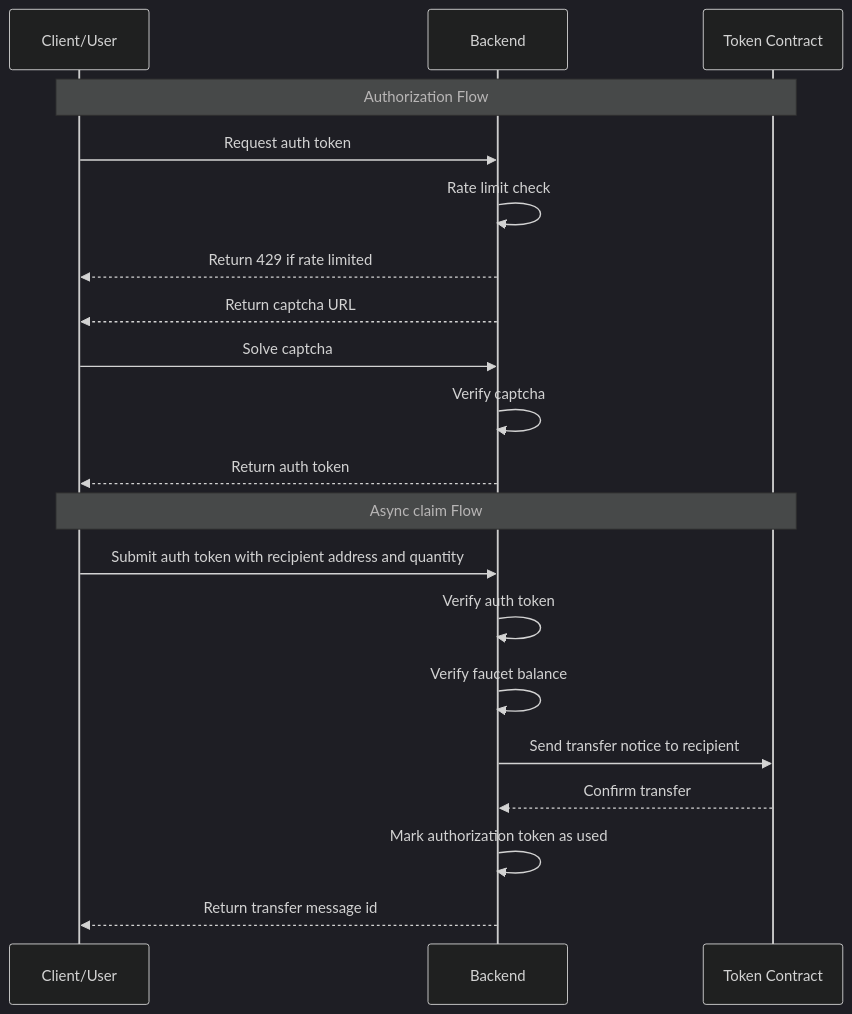
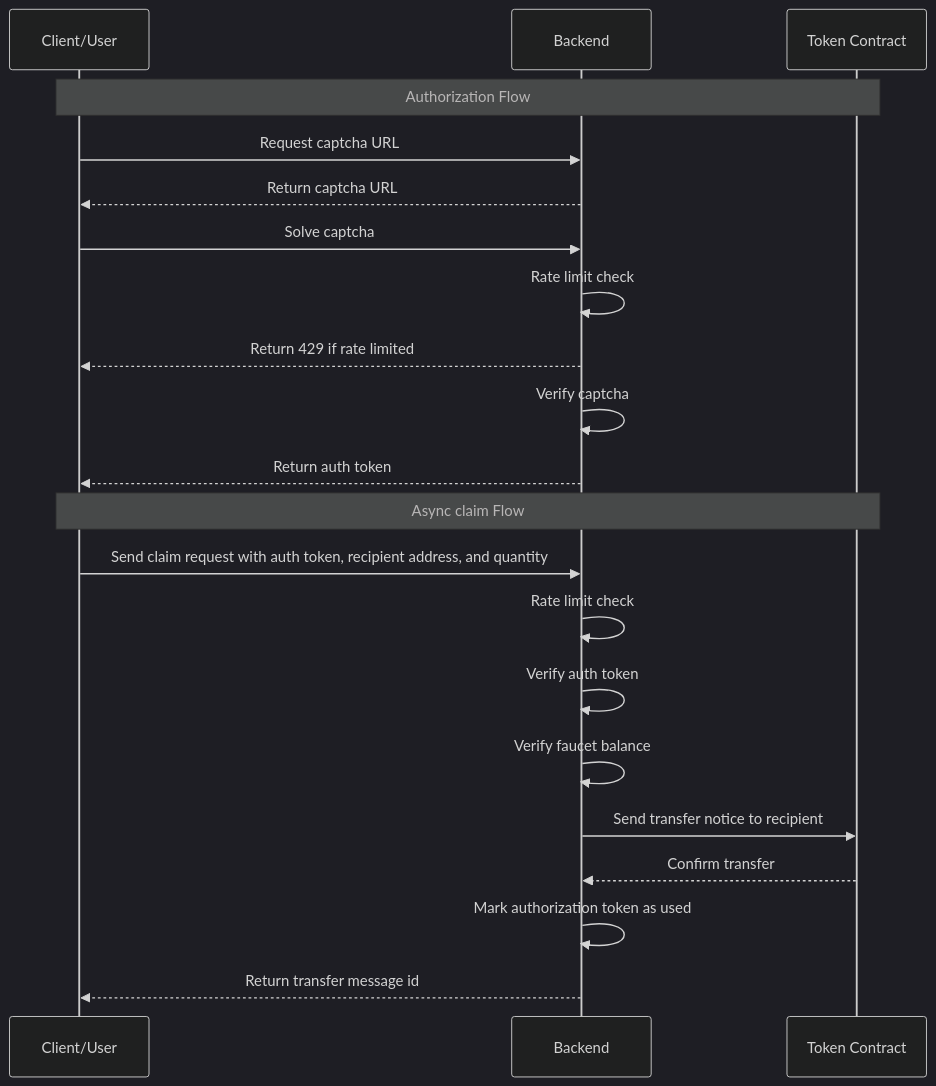
One commit to ar-io/ar-io-faucet changed the second of 2 diagrams in README.md. Above: the diagram before and after it, drawn with Mermaid (dark theme). The commit also changed other lines of this file and 4 other files, not shown here.

First line of the commit message:
fix(api): update api for request catpcha URL, add test to validate auth token

````diff
--- a/README.md
+++ b/README.md
@@ -51,25 +54,26 @@
 ```mermaid
 sequenceDiagram
     participant Client/User
     participant Backend
     participant Token Contract
 
     Note over Client/User,Token Contract: Authorization Flow
-    Client/User->>Backend: Request auth token
-    Backend->>Backend: Rate limit check
-    Backend-->>Client/User: Return 429 if rate limited
+    Client/User->>Backend: Request captcha URL
     Backend-->>Client/User: Return captcha URL
 
     Client/User->>Backend: Solve captcha
+    Backend->>Backend: Rate limit check
+    Backend-->>Client/User: Return 429 if rate limited
     Backend->>Backend: Verify captcha
     Backend-->>Client/User: Return auth token
 
     Note over Client/User,Token Contract: Async claim Flow
-    Client/User->>Backend: Submit auth token with recipient address and quantity
+    Client/User->>Backend: Send claim request with auth token, recipient address, and quantity
+    Backend->>Backend: Rate limit check
     Backend->>Backend: Verify auth token
     Backend->>Backend: Verify faucet balance
     Backend->>Token Contract: Send transfer notice to recipient
     Token Contract-->>Backend: Confirm transfer
     Backend->>Backend: Mark authorization token as used
     Backend-->>Client/User: Return transfer message id
 ```
````
